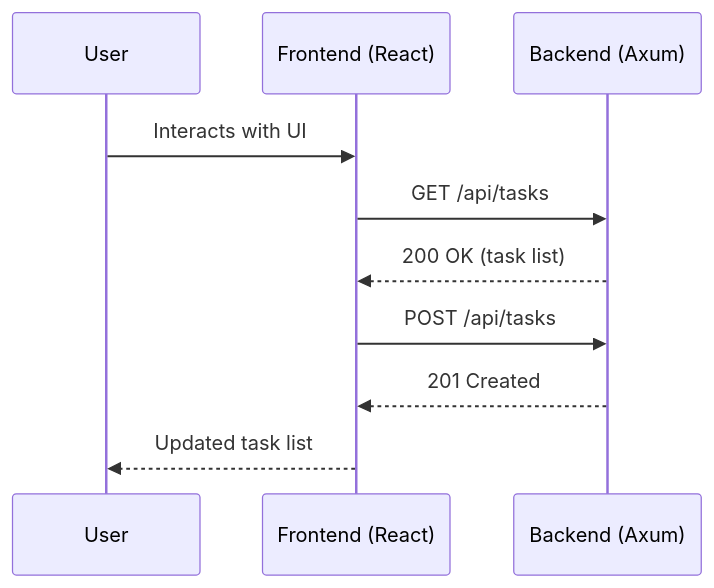
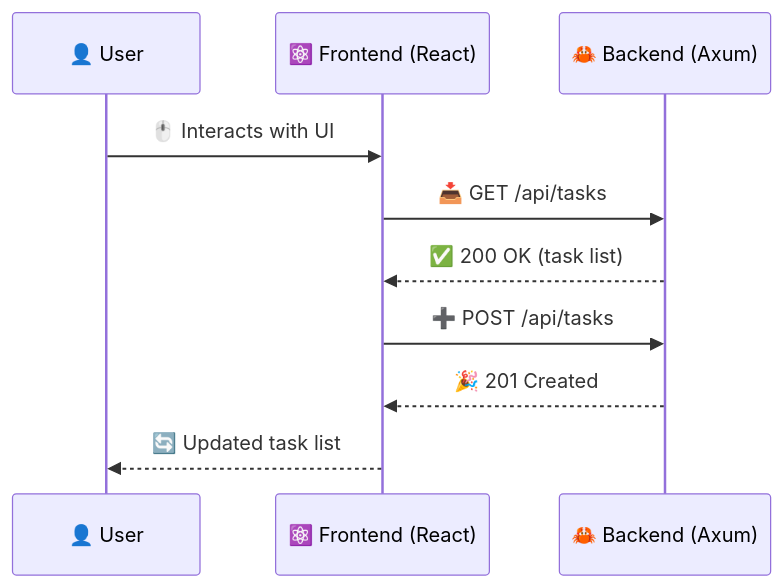
The second of 2 diagrams in README.md (leachj/test), drawn with Mermaid before and after one commit. The commit also changed other lines of this file, not shown here.

Commit message:
Add more emojis to README diagrams and tables

````diff
--- a/README.md
+++ b/README.md
@@ -28,13 +28,13 @@
 ```mermaid
 sequenceDiagram
-    participant U as User
-    participant F as Frontend (React)
-    participant B as Backend (Axum)
+    participant U as 👤 User
+    participant F as ⚛️ Frontend (React)
+    participant B as 🦀 Backend (Axum)
 
-    U->>F: Interacts with UI
-    F->>B: GET /api/tasks
-    B-->>F: 200 OK (task list)
-    F->>B: POST /api/tasks
-    B-->>F: 201 Created
-    F-->>U: Updated task list
+    U->>F: 🖱️ Interacts with UI
+    F->>B: 📥 GET /api/tasks
+    B-->>F: ✅ 200 OK (task list)
+    F->>B: ➕ POST /api/tasks
+    B-->>F: 🎉 201 Created
+    F-->>U: 🔄 Updated task list
 ```
````
